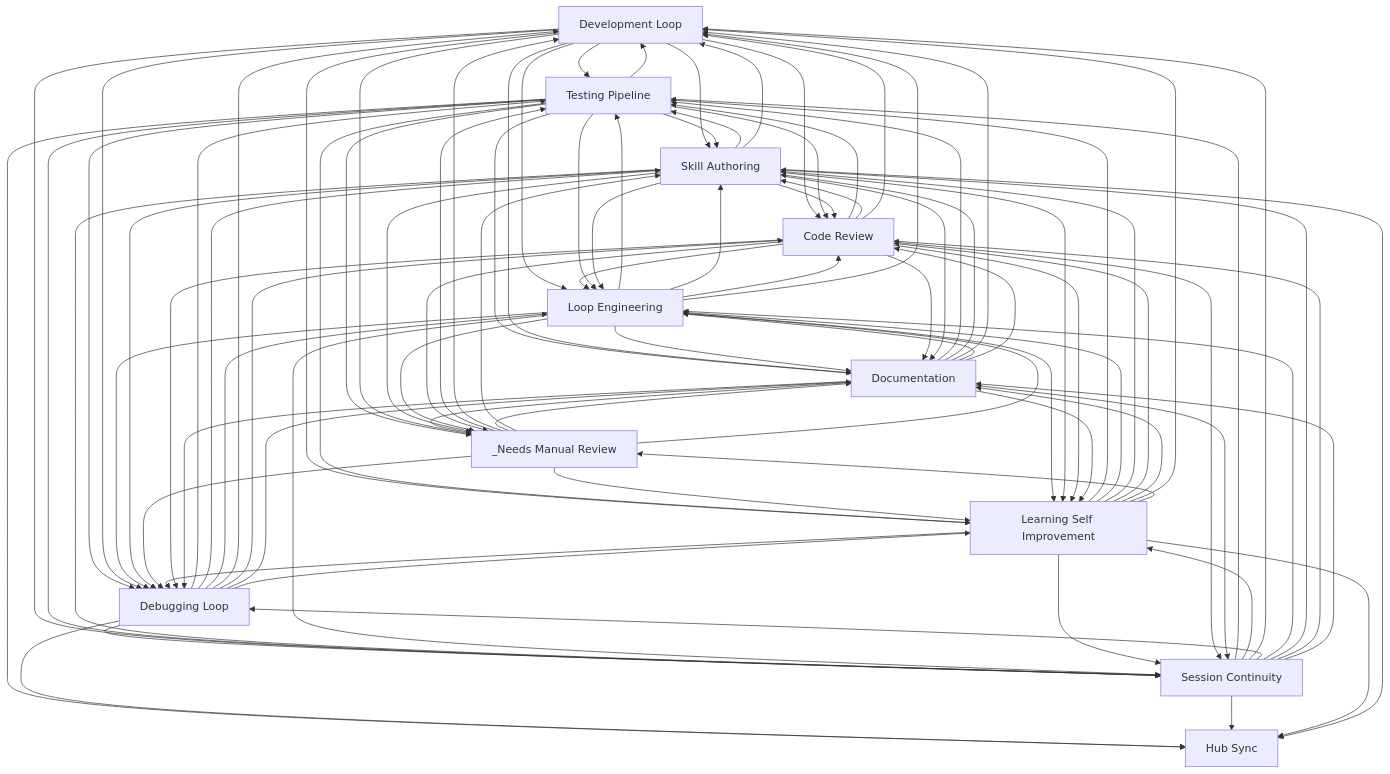
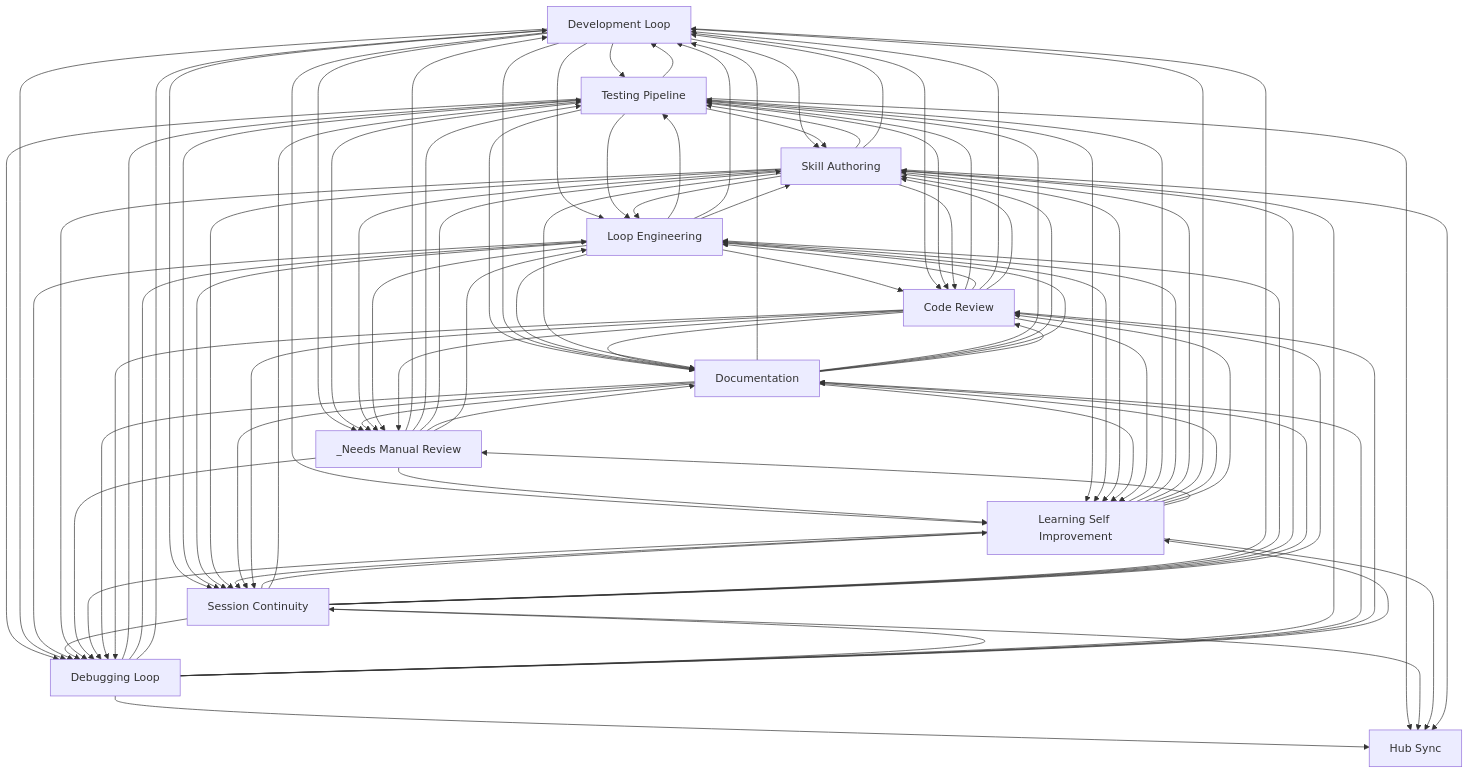
Before and after one commit to abhayla/claude-best-practices: the diagram in docs/workflows/INDEX.md, drawn with Mermaid. The commit also changed other lines of this file and 13 other files, not shown here.

````diff
--- a/docs/workflows/INDEX.md
+++ b/docs/workflows/INDEX.md
@@ -33,95 +33,95 @@
     documentation[Documentation]
     hub_sync[Hub Sync]
     _needs_manual_review[_Needs Manual Review]
-    development_loop --> testing_pipeline
-    development_loop --> skill_authoring
-    development_loop --> code_review
-    development_loop --> loop_engineering
+    loop_engineering --> testing_pipeline
+    loop_engineering --> development_loop
+    loop_engineering --> code_review
+    loop_engineering --> skill_authoring
     code_review --> testing_pipeline
-    code_review --> skill_authoring
     code_review --> loop_engineering
     code_review --> development_loop
-    loop_engineering --> testing_pipeline
-    loop_engineering --> skill_authoring
-    loop_engineering --> code_review
-    loop_engineering --> development_loop
+    code_review --> skill_authoring
+    development_loop --> testing_pipeline
+    development_loop --> loop_engineering
+    development_loop --> code_review
+    development_loop --> skill_authoring
     testing_pipeline --> skill_authoring
     skill_authoring --> testing_pipeline
+    _needs_manual_review --> development_loop
+    _needs_manual_review --> testing_pipeline
     testing_pipeline --> development_loop
-    _needs_manual_review --> testing_pipeline
-    _needs_manual_review --> development_loop
+    testing_pipeline --> loop_engineering
     testing_pipeline --> debugging_loop
-    testing_pipeline --> loop_engineering
+    testing_pipeline --> documentation
     testing_pipeline --> code_review
-    testing_pipeline --> documentation
     debugging_loop --> testing_pipeline
-    debugging_loop --> skill_authoring
     debugging_loop --> loop_engineering
     debugging_loop --> development_loop
+    debugging_loop --> skill_authoring
     development_loop --> debugging_loop
     development_loop --> documentation
     loop_engineering --> documentation
+    skill_authoring --> loop_engineering
+    skill_authoring --> code_review
     skill_authoring --> development_loop
-    skill_authoring --> code_review
-    skill_authoring --> loop_engineering
+    documentation --> development_loop
     documentation --> testing_pipeline
     documentation --> skill_authoring
-    documentation --> development_loop
+    development_loop --> _needs_manual_review
     testing_pipeline --> _needs_manual_review
-    development_loop --> _needs_manual_review
     code_review --> documentation
+    session_continuity --> learning_self_improvement
     session_continuity --> testing_pipeline
-    session_continuity --> learning_self_improvement
+    development_loop --> session_continuity
     development_loop --> learning_self_improvement
-    development_loop --> session_continuity
+    _needs_manual_review --> learning_self_improvement
     testing_pipeline --> learning_self_improvement
-    _needs_manual_review --> learning_self_improvement
     loop_engineering --> debugging_loop
+    debugging_loop --> session_continuity
+    debugging_loop --> hub_sync
     testing_pipeline --> session_continuity
     testing_pipeline --> hub_sync
-    debugging_loop --> session_continuity
-    debugging_loop --> hub_sync
+    debugging_loop --> documentation
     debugging_loop --> code_review
-    debugging_loop --> documentation
     session_continuity --> development_loop
+    session_continuity --> loop_engineering
     session_continuity --> debugging_loop
-    session_continuity --> loop_engineering
+    loop_engineering --> session_continuity
     skill_authoring --> session_continuity
-    loop_engineering --> session_continuity
     skill_authoring --> debugging_loop
     _needs_manual_review --> debugging_loop
     debugging_loop --> learning_self_improvement
     skill_authoring --> documentation
+    _needs_manual_review --> skill_authoring
     _needs_manual_review --> documentation
-    _needs_manual_review --> skill_authoring
     documentation --> _needs_manual_review
+    learning_self_improvement --> session_continuity
     learning_self_improvement --> testing_pipeline
+    learning_self_improvement --> loop_engineering
     learning_self_improvement --> debugging_loop
-    learning_self_improvement --> session_continuity
-    learning_self_improvement --> loop_engineering
     learning_self_improvement --> skill_authoring
+    learning_self_improvement --> development_loop
+    learning_self_improvement --> documentation
     learning_self_improvement --> code_review
-    learning_self_improvement --> documentation
-    learning_self_improvement --> development_loop
     skill_authoring --> _needs_manual_review
     session_continuity --> hub_sync
     session_continuity --> skill_authoring
+    session_continuity --> documentation
     session_continuity --> code_review
-    session_continuity --> documentation
     learning_self_improvement --> _needs_manual_review
     learning_self_improvement --> hub_sync
     skill_authoring --> hub_sync
     _needs_manual_review --> loop_engineering
     loop_engineering --> learning_self_improvement
     loop_engineering --> _needs_manual_review
+    documentation --> loop_engineering
+    documentation --> debugging_loop
     code_review --> debugging_loop
-    documentation --> debugging_loop
-    documentation --> loop_engineering
     skill_authoring --> learning_self_improvement
     documentation --> code_review
+    documentation --> session_continuity
+    documentation --> learning_self_improvement
+    code_review --> session_continuity
     code_review --> learning_self_improvement
-    code_review --> session_continuity
-    documentation --> learning_self_improvement
-    documentation --> session_continuity
     code_review --> _needs_manual_review
 ```
````
